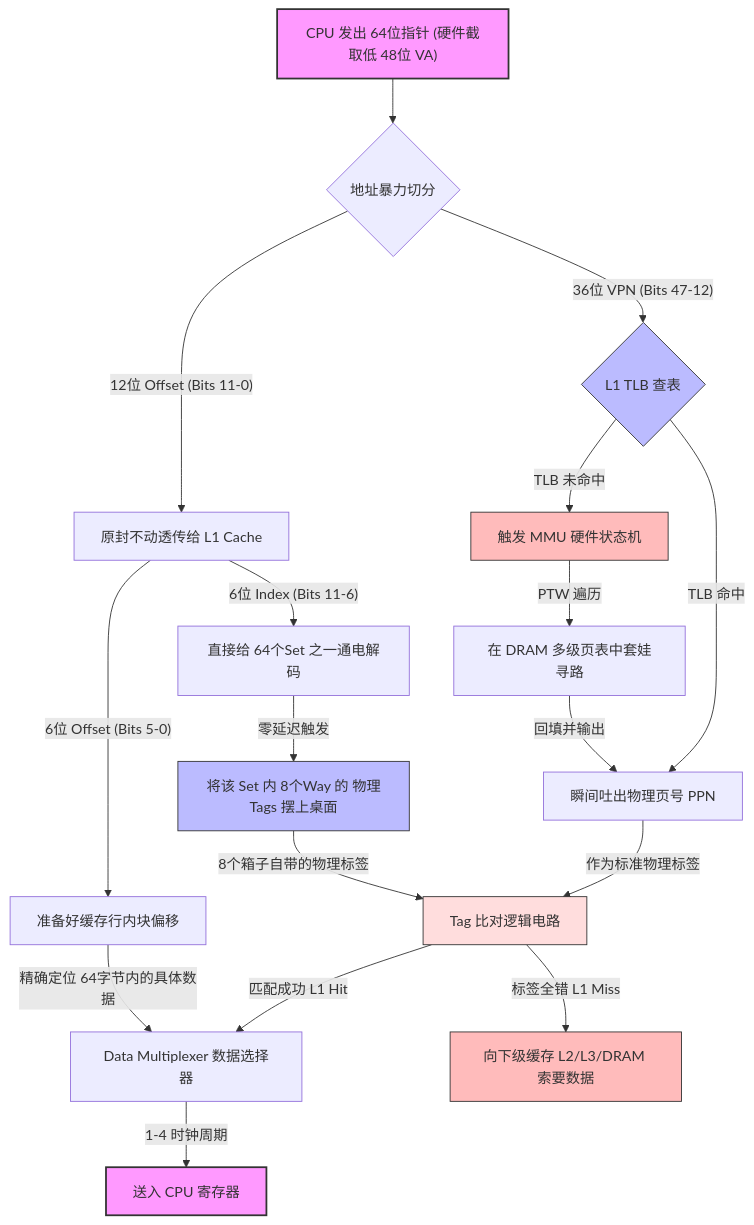
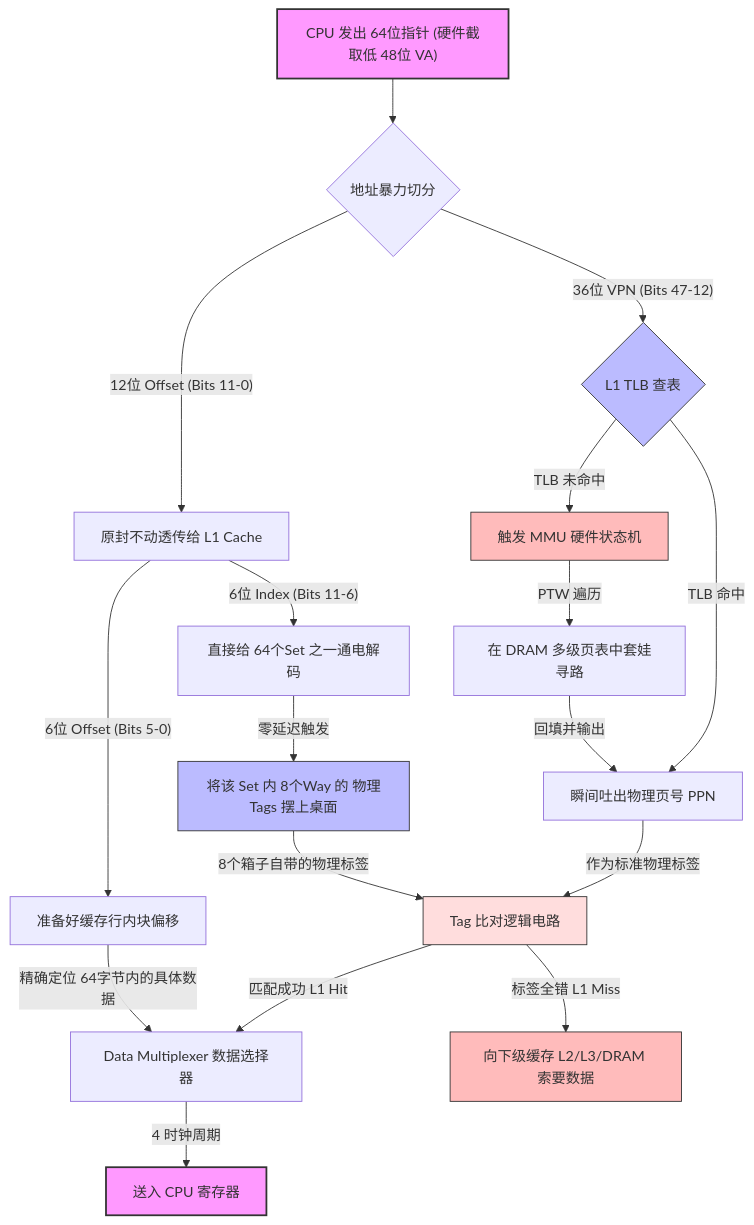
One commit to acloudygamer/cs-ai-knowledge changed the diagram in 0-计算机基础/01-计算机体系/01-硬件组成.md. Above: the diagram before and after it, drawn with Mermaid. The commit also changed other lines of this file, not shown here.

````diff
--- a/0-计算机基础/01-计算机体系/01-硬件组成.md
+++ b/0-计算机基础/01-计算机体系/01-硬件组成.md
@@ -411,41 +411,41 @@
 ```mermaid
 graph TD
     %% 核心流程
     VA["CPU 发出 64位指针 (硬件截取低 48位 VA)"] --> SPLIT{"地址暴力切分"}
 
     %% 左路：TLB 翻译（高位）
     SPLIT -->|"36位 VPN (Bits 47-12)"| TLB{"L1 TLB 查表"}
     
     TLB -->|"TLB 命中"| PPN["瞬间吐出物理页号 PPN"]
     TLB -->|"TLB 未命中"| MMU["触发 MMU 硬件状态机"]
     MMU -->|"PTW 遍历"| DRAM["在 DRAM 多级页表中套娃寻路"]
     DRAM -->|"回填并输出"| PPN
     
     %% 右路：L1 Cache 组寻址（低位：翻译前后绝对不变区）
     SPLIT -->|"12位 Offset (Bits 11-0)"| CACHE_INPUT["原封不动透传给 L1 Cache"]
     
     CACHE_INPUT -->|"6位 Index (Bits 11-6)"| SET_SELECT["直接给 64个Set 之一通电解码"]
     CACHE_INPUT -->|"6位 Offset (Bits 5-0)"| LINE_OFFSET["准备好缓存行内块偏移"]
     
     SET_SELECT -->|"零延迟触发"| FETCH_WAYS["将该 Set 内 8个Way 的 物理Tags 摆上桌面"]
 
     %% 汇合点：Tag 比对（一把钥匙配 8 把锁）
     PPN -->|"作为标准物理标签"| TAG_COMP["Tag 比对逻辑电路"]
     FETCH_WAYS -->|"8个箱子自带的物理标签"| TAG_COMP
 
     %% 最终结果
     TAG_COMP -->|"匹配成功 L1 Hit"| MUX["Data Multiplexer 数据选择器"]
     LINE_OFFSET -->|"精确定位 64字节内的具体数据"| MUX
-    MUX -->|"1-4 时钟周期"| REG["送入 CPU 寄存器"]
+    MUX -->|"4 时钟周期"| REG["送入 CPU 寄存器"]
 
     TAG_COMP -->|"标签全错 L1 Miss"| L2["向下级缓存 L2/L3/DRAM 索要数据"]
 
     %% 内联样式定义
     style VA fill:#f9f,stroke:#333,stroke-width:2px;
     style REG fill:#f9f,stroke:#333,stroke-width:2px;
     style TLB fill:#bbf,stroke:#333,stroke-width:1px;
     style FETCH_WAYS fill:#bbf,stroke:#333,stroke-width:1px;
     style TAG_COMP fill:#fdd,stroke:#333,stroke-width:1px;
     style MMU fill:#fbb,stroke:#333,stroke-width:1px;
     style L2 fill:#fbb,stroke:#333,stroke-width:1px;
 ```
````
